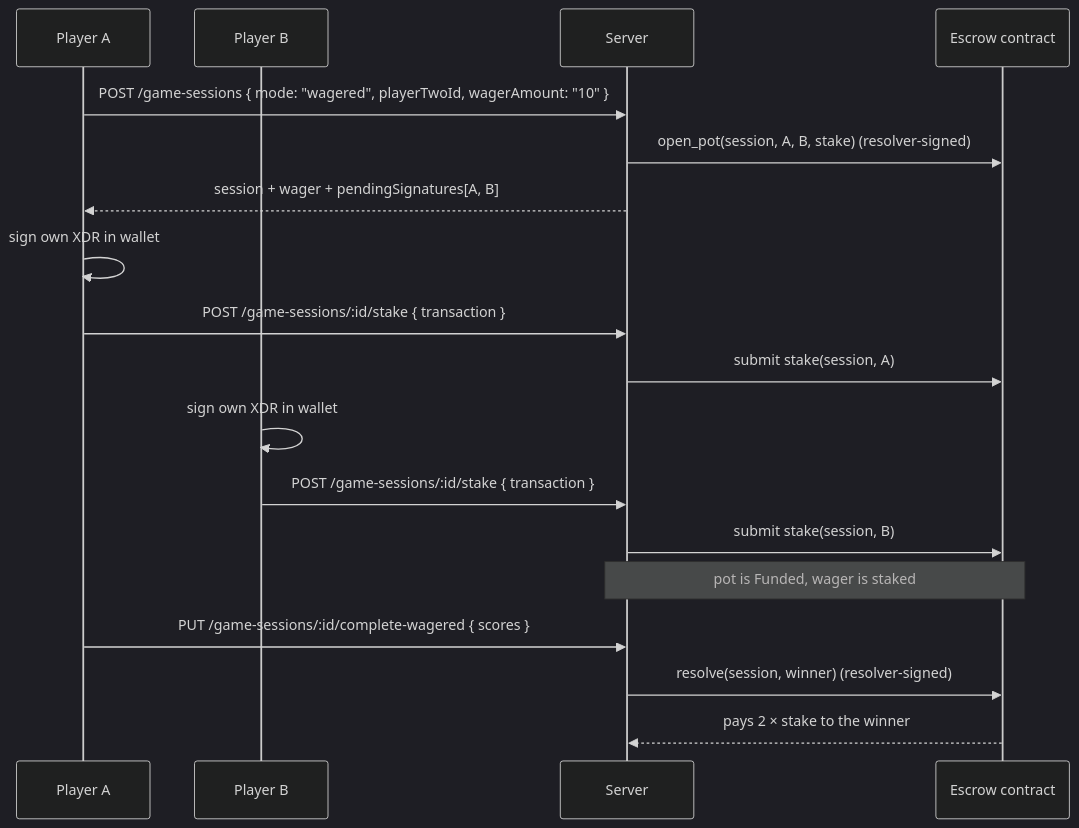
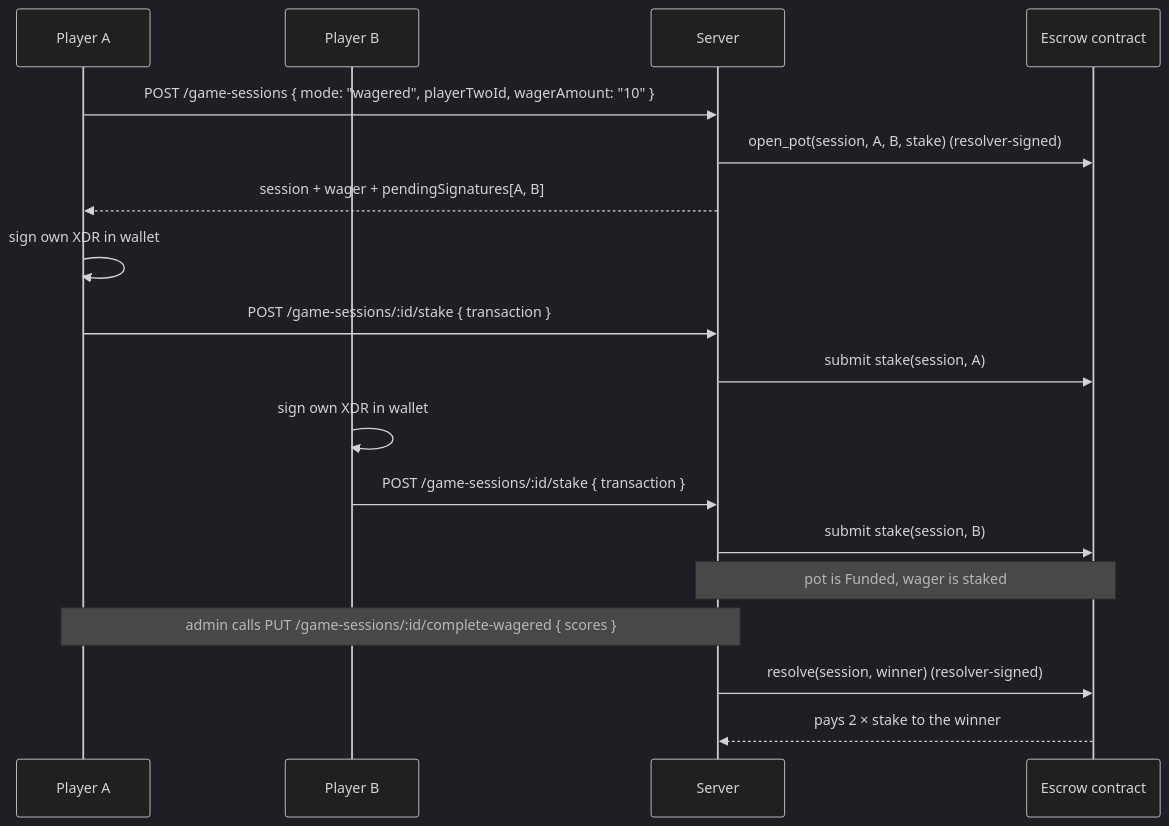
The sixth of 6 diagrams in README.md (Stellar-songifi/Lyricsflip_server), drawn with Mermaid (dark theme) before and after one commit. The commit also changed other lines of this file and 16 other files, not shown here.

````diff
--- a/README.md
+++ b/README.md
@@ -474,20 +474,20 @@
 ```mermaid
 sequenceDiagram
     participant A as Player A
     participant B as Player B
     participant S as Server
     participant E as Escrow contract
     A->>S: POST /game-sessions { mode: "wagered", playerTwoId, wagerAmount: "10" }
     S->>E: open_pot(session, A, B, stake)  (resolver-signed)
     S-->>A: session + wager + pendingSignatures[A, B]
     A->>A: sign own XDR in wallet
     A->>S: POST /game-sessions/:id/stake { transaction }
     S->>E: submit stake(session, A)
     B->>B: sign own XDR in wallet
     B->>S: POST /game-sessions/:id/stake { transaction }
     S->>E: submit stake(session, B)
     Note over S,E: pot is Funded, wager is staked
-    A->>S: PUT /game-sessions/:id/complete-wagered { scores }
+    Note over A,S: admin calls PUT /game-sessions/:id/complete-wagered { scores }
     S->>E: resolve(session, winner)  (resolver-signed)
     E-->>S: pays 2 × stake to the winner
 ```
````
